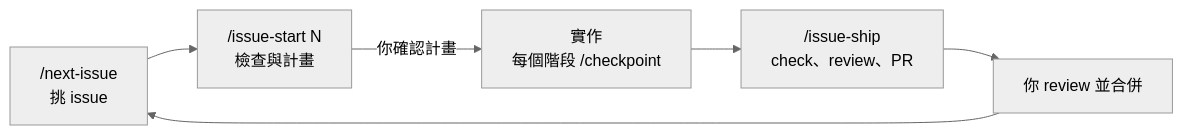
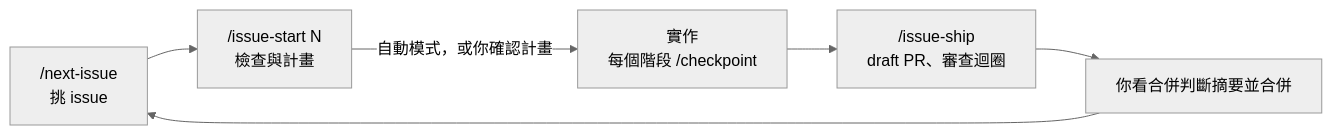
Before and after one commit to TPI-WenpinLiao/tpi-website-ai-poc: the diagram in docs/workflow.md, drawn with Mermaid (neutral theme). The commit also changed other lines of this file and 9 other files, not shown here.

````diff
--- a/docs/workflow.md
+++ b/docs/workflow.md
@@ -5,8 +5,8 @@
 ```mermaid
 flowchart LR
   A["/next-issue<br>挑 issue"] --> B["/issue-start N<br>檢查與計畫"]
-  B -->|你確認計畫| C["實作<br>每個階段 /checkpoint"]
-  C --> D["/issue-ship<br>check、review、PR"]
-  D --> E[你 review 並合併]
+  B -->|自動模式，或你確認計畫| C["實作<br>每個階段 /checkpoint"]
+  C --> D["/issue-ship<br>draft PR、審查迴圈"]
+  D --> E[你看合併判斷摘要並合併]
   E --> A
 ```
````
